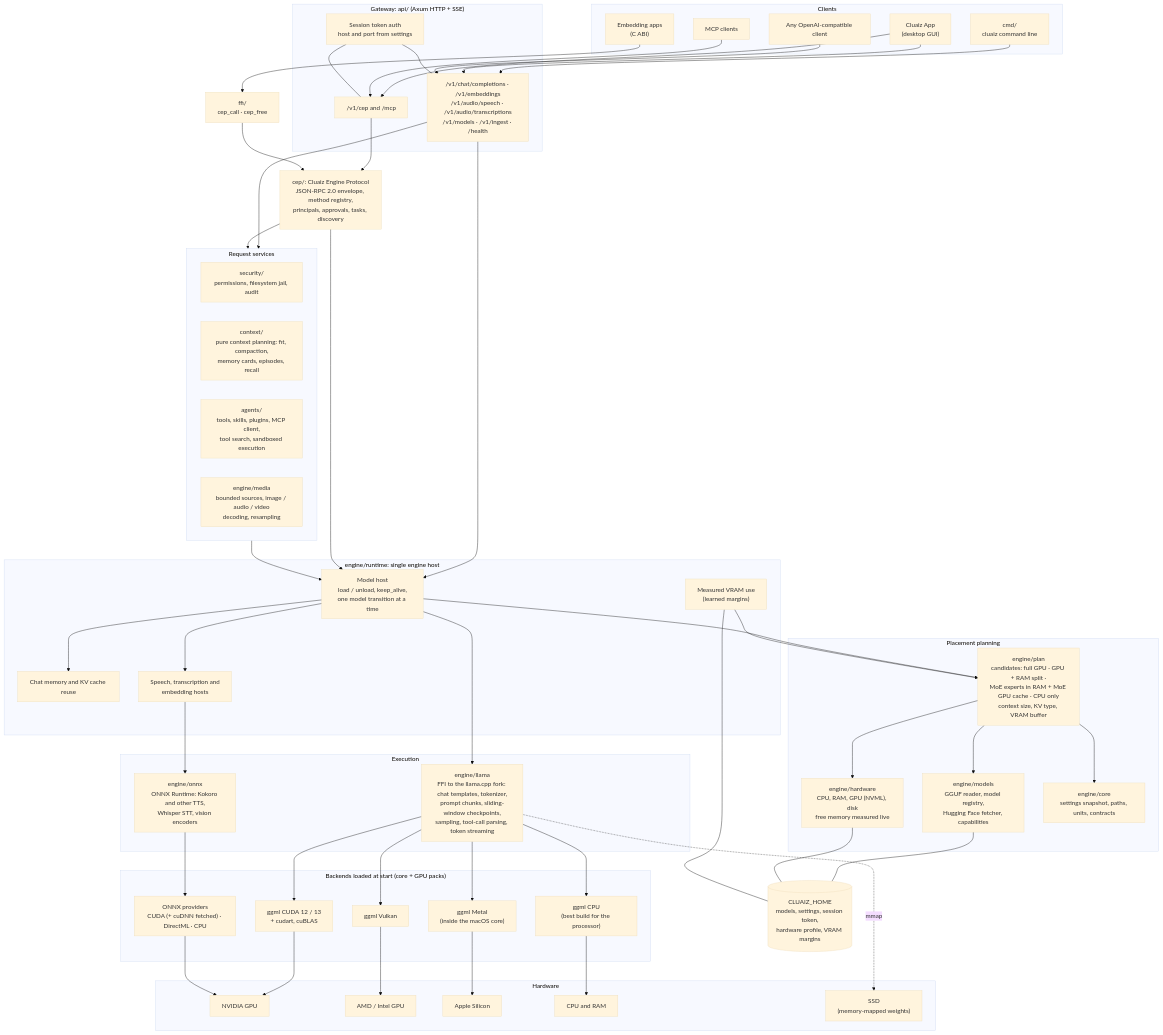
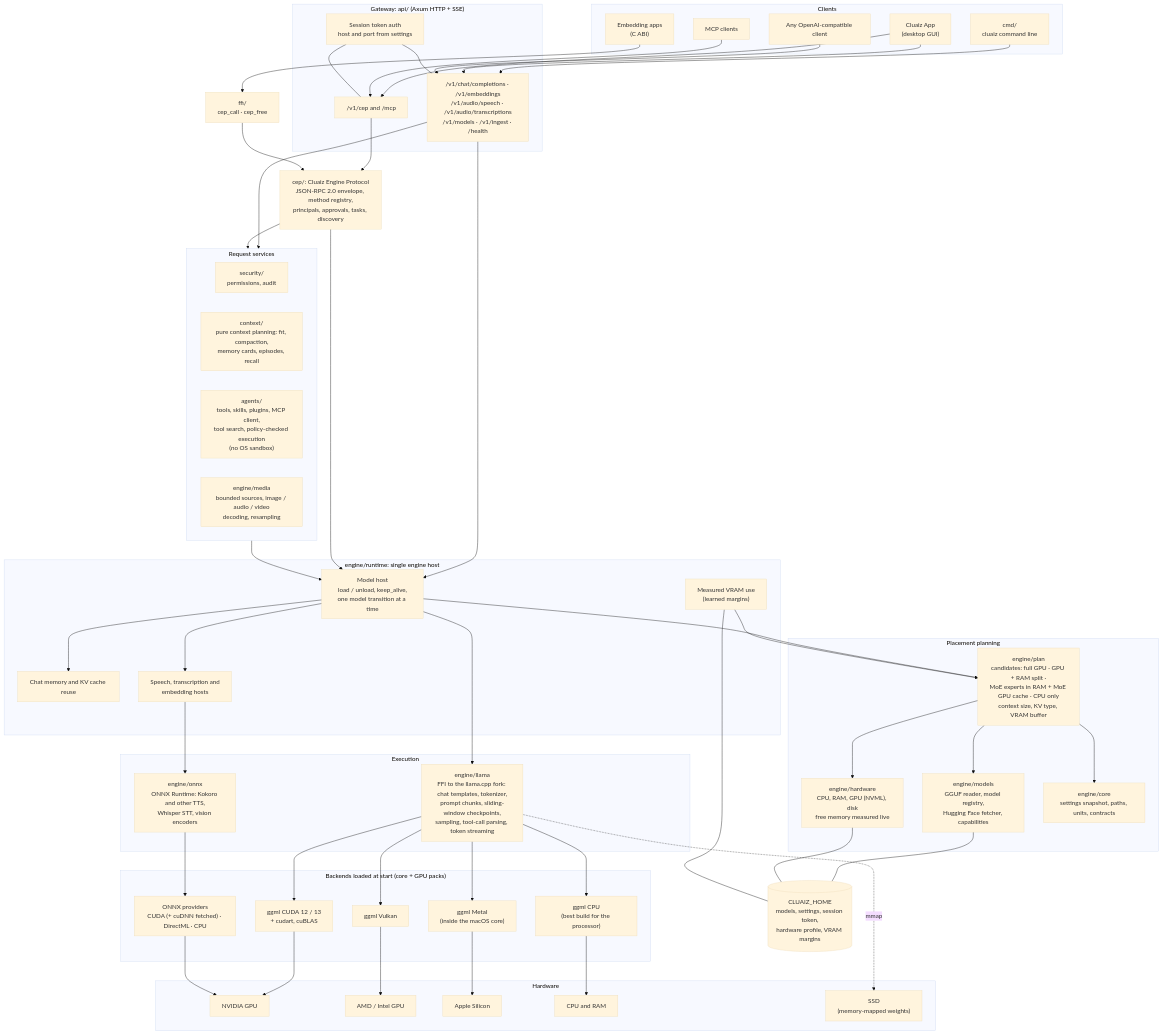
One commit to cluaiz/cluaiz changed the first of 2 diagrams in README.md. Above: the diagram before and after it, drawn with Mermaid (base theme). The commit also changed other lines of this file, not shown here.

Commit message:
docs(readme): say agent execution is policy-checked with no OS sandbox; drop filesystem jail claim

```diff
--- a/README.md
+++ b/README.md
@@ -434,9 +435,9 @@
     CEP["cep/: Cluaiz Engine Protocol<br/>JSON-RPC 2.0 envelope, method registry,<br/>principals, approvals, tasks, discovery"]
 
     subgraph SERVICES["Request services"]
-        SEC["security/<br/>permissions, filesystem jail, audit"]
+        SEC["security/<br/>permissions, audit"]
         CTX["context/<br/>pure context planning: fit, compaction,<br/>memory cards, episodes, recall"]
-        AGT["agents/<br/>tools, skills, plugins, MCP client,<br/>tool search, sandboxed execution"]
+        AGT["agents/<br/>tools, skills, plugins, MCP client,<br/>tool search, policy-checked execution<br/>(no OS sandbox)"]
         MEDIA["engine/media<br/>bounded sources, image / audio / video<br/>decoding, resampling"]
     end
 
```
